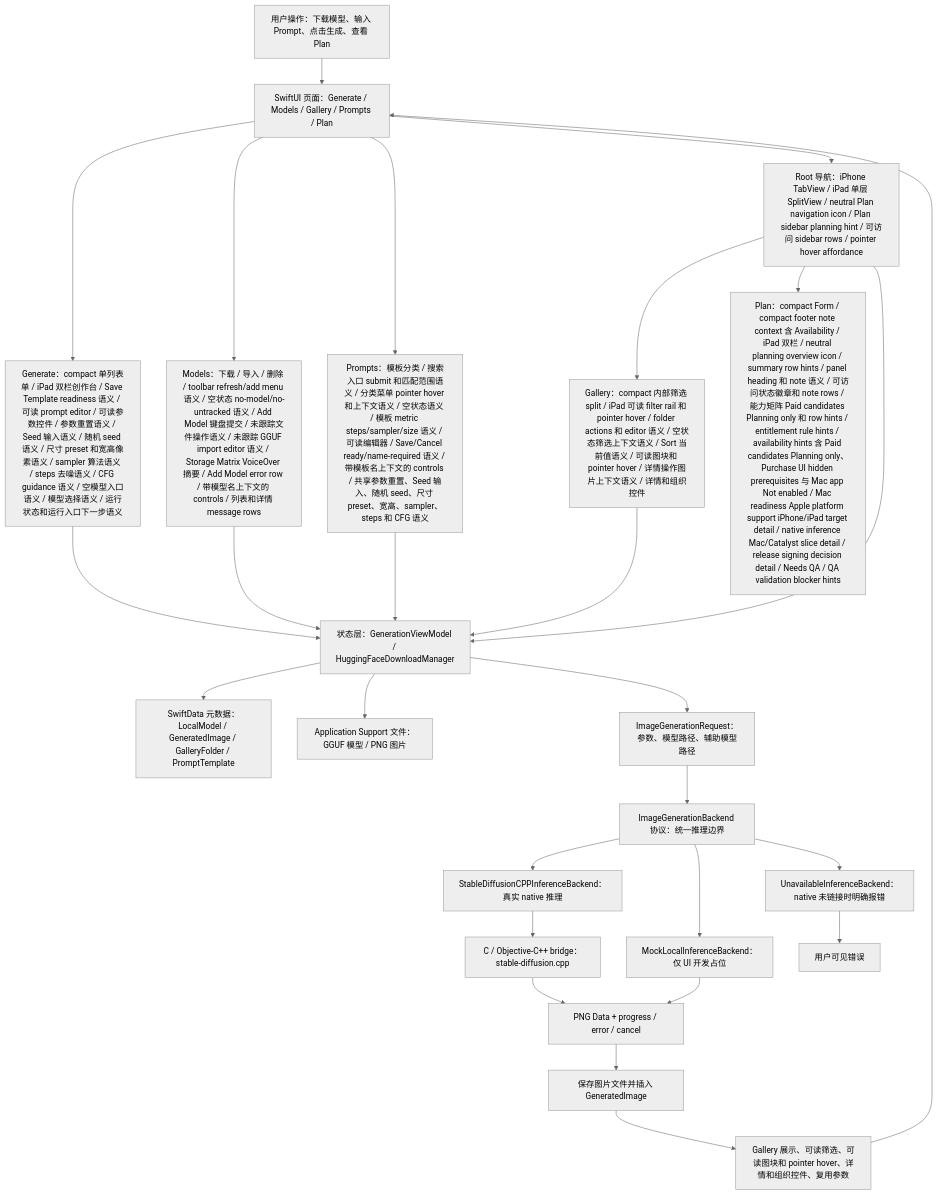
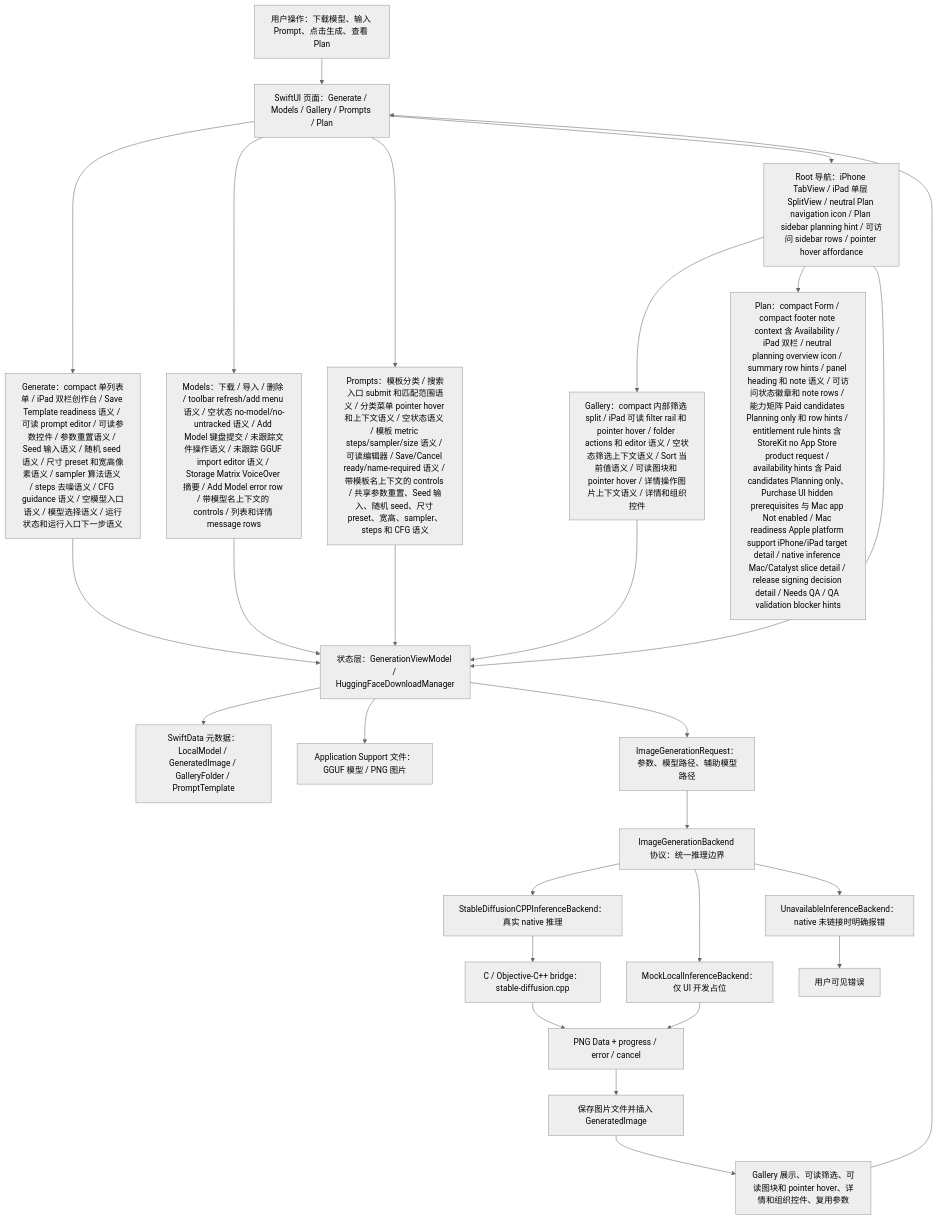
One commit to Altman-sam114/118 changed the first of 7 diagrams in md/flow/flowchart.md. Above: the diagram before and after it, drawn with Mermaid (neutral theme). The commit also changed 5 other files, not shown here.

First line of the commit message:
v1.81: Plan StoreKit gate request copy

````diff
--- a/md/flow/flowchart.md
+++ b/md/flow/flowchart.md
@@ -9,29 +9,29 @@
 ```mermaid
 flowchart TD
   U["用户操作：下载模型、输入 Prompt、点击生成、查看 Plan"] --> UI["SwiftUI 页面：Generate / Models / Gallery / Prompts / Plan"]
   UI --> GENUI["Generate：compact 单列表单 / iPad 双栏创作台 / Save Template readiness 语义 / 可读 prompt editor / 可读参数控件 / 参数重置语义 / Seed 输入语义 / 随机 seed 语义 / 尺寸 preset 和宽高像素语义 / sampler 算法语义 / steps 去噪语义 / CFG guidance 语义 / 空模型入口语义 / 模型选择语义 / 运行状态和运行入口下一步语义"]
   UI --> MODELUI["Models：下载 / 导入 / 删除 / toolbar refresh/add menu 语义 / 空状态 no-model/no-untracked 语义 / Add Model 键盘提交 / 未跟踪文件操作语义 / 未跟踪 GGUF import editor 语义 / Storage Matrix VoiceOver 摘要 / Add Model error row / 带模型名上下文的 controls / 列表和详情 message rows"]
   UI --> PROMPTUI["Prompts：模板分类 / 搜索入口 submit 和匹配范围语义 / 分类菜单 pointer hover 和上下文语义 / 空状态语义 / 模板 metric steps/sampler/size 语义 / 可读编辑器 / Save/Cancel ready/name-required 语义 / 带模板名上下文的 controls / 共享参数重置、Seed 输入、随机 seed、尺寸 preset、宽高、sampler、steps 和 CFG 语义"]
   UI --> NAV["Root 导航：iPhone TabView / iPad 单层 SplitView / neutral Plan navigation icon / Plan sidebar planning hint / 可访问 sidebar rows / pointer hover affordance"]
   NAV --> GALUI["Gallery：compact 内部筛选 split / iPad 可读 filter rail 和 pointer hover / folder actions 和 editor 语义 / 空状态筛选上下文语义 / Sort 当前值语义 / 可读图块和 pointer hover / 详情操作图片上下文语义 / 详情和组织控件"]
-  NAV --> PLANUI["Plan：compact Form / compact footer note context 含 Availability / iPad 双栏 / neutral planning overview icon / summary row hints / panel heading 和 note 语义 / 可访问状态徽章和 note rows / 能力矩阵 Paid candidates Planning only 和 row hints / entitlement rule hints / availability hints 含 Paid candidates Planning only、Purchase UI hidden prerequisites 与 Mac app Not enabled / Mac readiness Apple platform support iPhone/iPad target detail / native inference Mac/Catalyst slice detail / release signing decision detail / Needs QA / QA validation blocker hints"]
+  NAV --> PLANUI["Plan：compact Form / compact footer note context 含 Availability / iPad 双栏 / neutral planning overview icon / summary row hints / panel heading 和 note 语义 / 可访问状态徽章和 note rows / 能力矩阵 Paid candidates Planning only 和 row hints / entitlement rule hints 含 StoreKit no App Store product request / availability hints 含 Paid candidates Planning only、Purchase UI hidden prerequisites 与 Mac app Not enabled / Mac readiness Apple platform support iPhone/iPad target detail / native inference Mac/Catalyst slice detail / release signing decision detail / Needs QA / QA validation blocker hints"]
   NAV --> VM["状态层：GenerationViewModel / HuggingFaceDownloadManager"]
   GENUI --> VM
   MODELUI --> VM
   PROMPTUI --> VM
   GALUI --> VM
   VM --> SD["SwiftData 元数据：LocalModel / GeneratedImage / GalleryFolder / PromptTemplate"]
   VM --> FS["Application Support 文件：GGUF 模型 / PNG 图片"]
   VM --> REQ["ImageGenerationRequest：参数、模型路径、辅助模型路径"]
   REQ --> IFACE["ImageGenerationBackend 协议：统一推理边界"]
   IFACE --> NATIVE["StableDiffusionCPPInferenceBackend：真实 native 推理"]
   IFACE --> MOCK["MockLocalInferenceBackend：仅 UI 开发占位"]
   IFACE --> OFF["UnavailableInferenceBackend：native 未链接时明确报错"]
   NATIVE --> BRIDGE["C / Objective-C++ bridge：stable-diffusion.cpp"]
   BRIDGE --> PNG["PNG Data + progress / error / cancel"]
   MOCK --> PNG
   OFF --> ERR["用户可见错误"]
   PNG --> SAVE["保存图片文件并插入 GeneratedImage"]
   SAVE --> GALLERY["Gallery 展示、可读筛选、可读图块和 pointer hover、详情和组织控件、复用参数"]
   GALLERY --> UI
 ```
````
